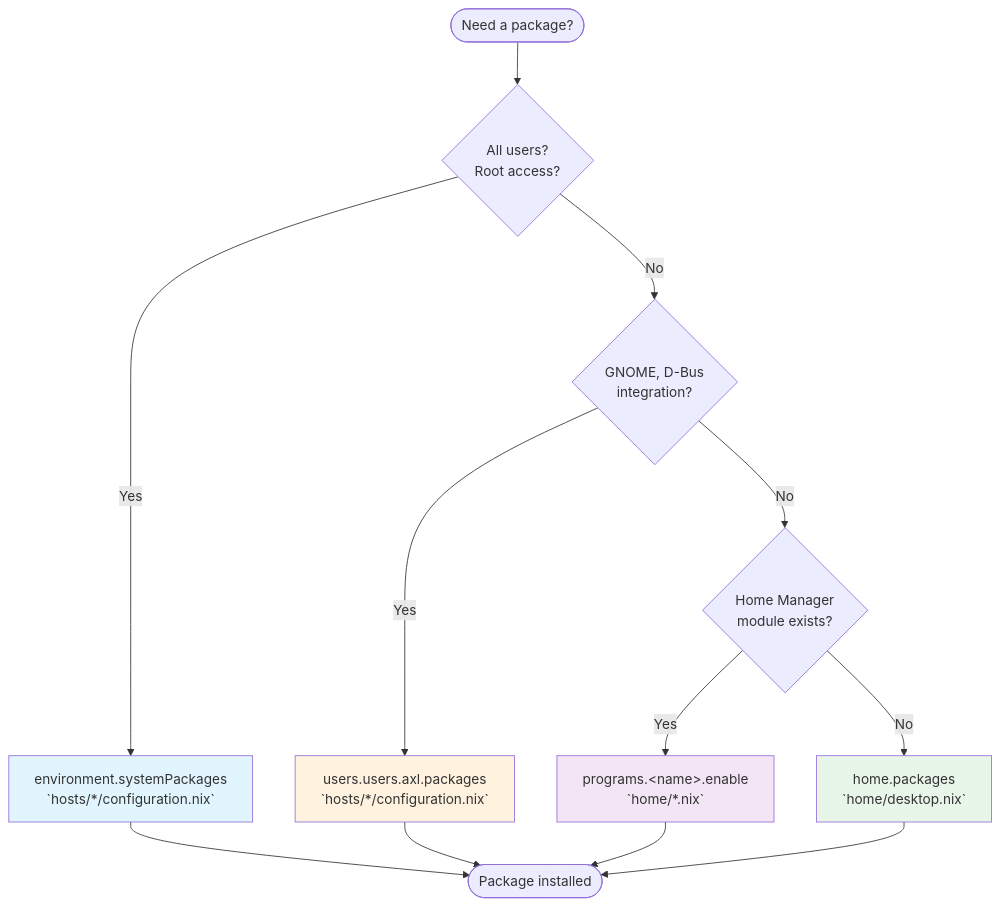
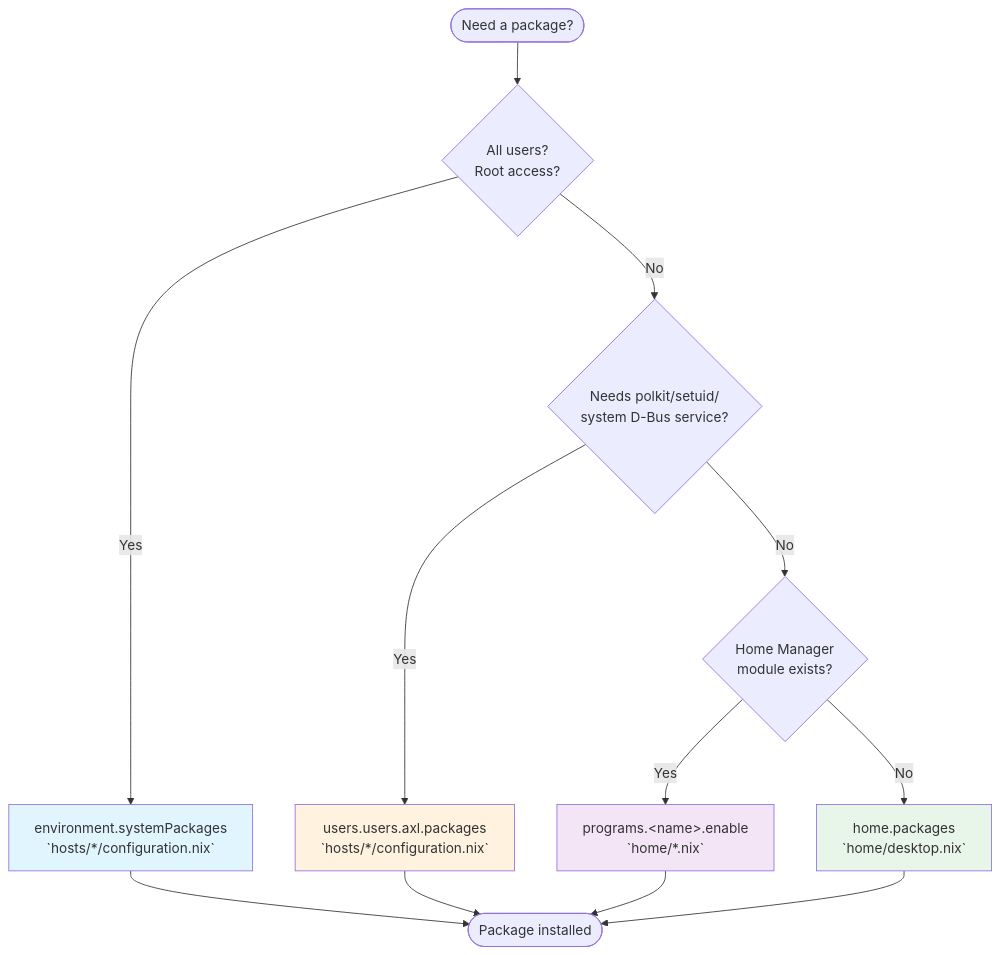
The diagram in docs/packages.md (axler8r/nixotic), drawn with Mermaid before and after one commit. The commit also changed other lines of this file and 2 other files, not shown here.

````diff
--- a/docs/packages.md
+++ b/docs/packages.md
@@ -13,20 +13,20 @@
 ```mermaid
 flowchart TD
     Start([Need a package?]) --> Q1{All users?<br/>Root access?}
     Q1 -->|Yes| Sys[environment.systemPackages<br/>`hosts/*/configuration.nix`]
-    Q1 -->|No| Q2{GNOME, D-Bus<br/>integration?}
+    Q1 -->|No| Q2{Needs polkit/setuid/<br/>system D-Bus service?}
     Q2 -->|Yes| User[users.users.axl.packages<br/>`hosts/*/configuration.nix`]
     Q2 -->|No| Q3{Home Manager<br/>module exists?}
     Q3 -->|Yes| Prog[programs.&lt;name&gt;.enable<br/>`home/*.nix`]
     Q3 -->|No| Home[home.packages<br/>`home/desktop.nix`]
     
     Sys --> End([Package installed])
     User --> End
     Prog --> End
     Home --> End
     
     style Sys fill:#e1f5ff
     style User fill:#fff3e0
     style Prog fill:#f3e5f5
     style Home fill:#e8f5e9
 ```
````
